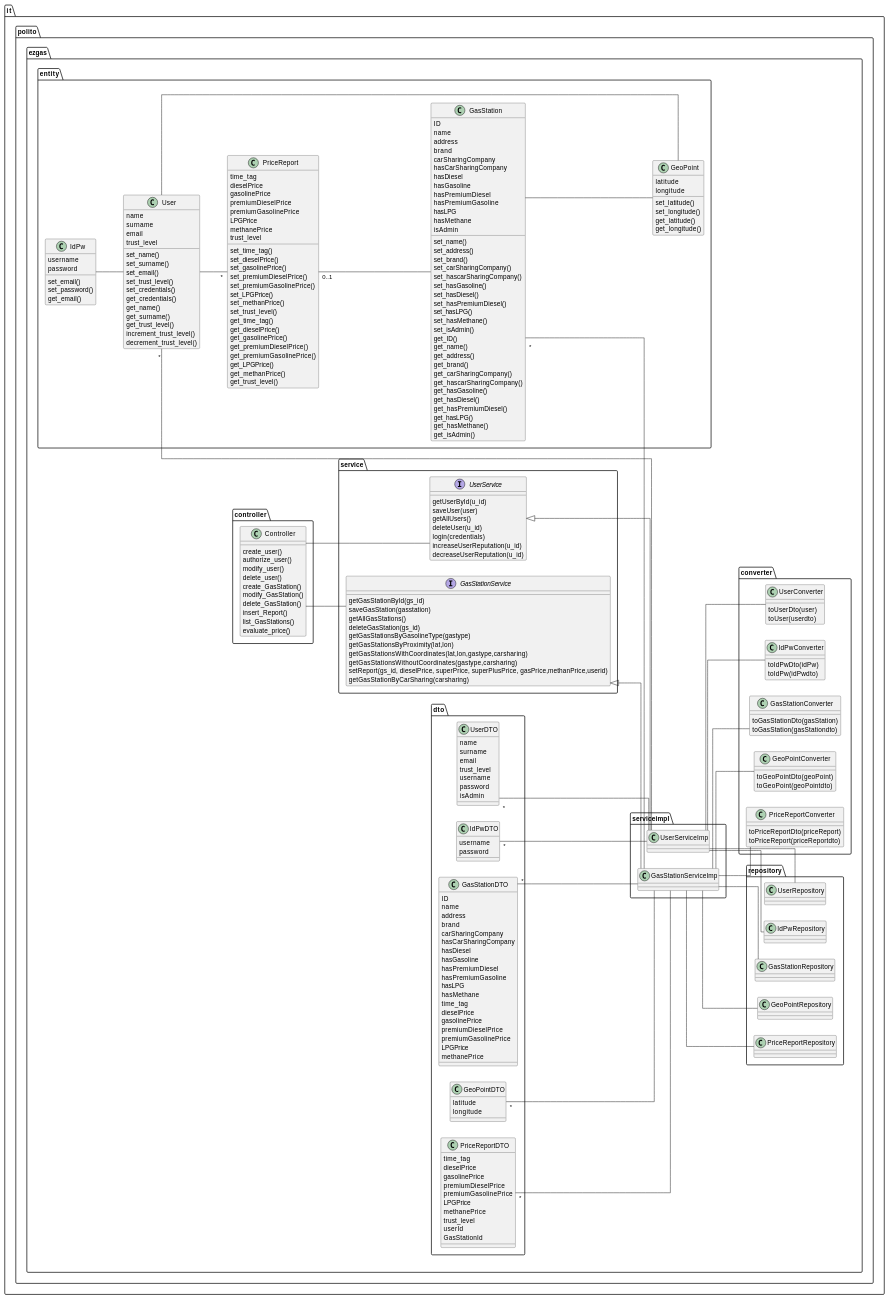
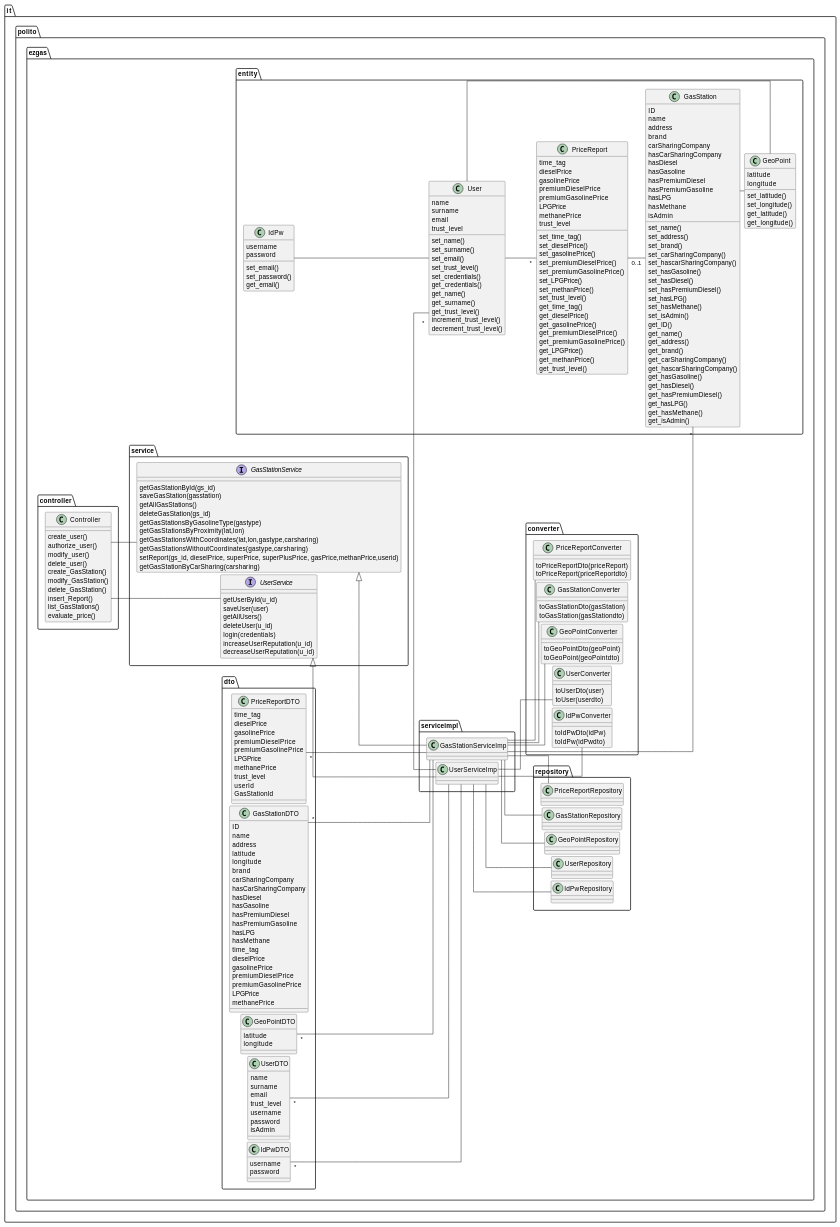
The fourth of 4 diagrams in docs/DesignDocument.md (CangaRouter/ExGas), drawn with PlantUML before and after one commit.

Commit message:
docs: fix view of low level design

```diff
--- a/docs/DesignDocument.md
+++ b/docs/DesignDocument.md
@@ -227,6 +227,8 @@
 @startuml
 left to right direction
 skinparam linetype ortho
+skinparam nodesep 5
+skinparam ranksep 10
 Package it.polito.ezgas.controller{
 Class Controller{
     create_user()
@@ -416,6 +418,8 @@
  ID
  name
  address
+ latitude
+ longitude
  brand
  carSharingCompany
  hasCarSharingCompany
@@ -490,11 +494,11 @@
 GasStationServiceImp -- GeoPointConverter
 GasStationServiceImp -- PriceReportConverter
 
-GasStationDTO "*"-- GasStationServiceImp
-GeoPointDTO "*"-- GasStationServiceImp 
-PriceReportDTO "*"--GasStationServiceImp
-User "*"-- UserServiceImp
-GasStation "*"--GasStationServiceImp 
+GasStationDTO "*"- GasStationServiceImp
+GeoPointDTO "*"- GasStationServiceImp 
+PriceReportDTO "*"-GasStationServiceImp
+UserServiceImp -"*" User
+GasStationServiceImp -"*" GasStation
 
 Controller -- UserService
 Controller -- GasStationService
```
